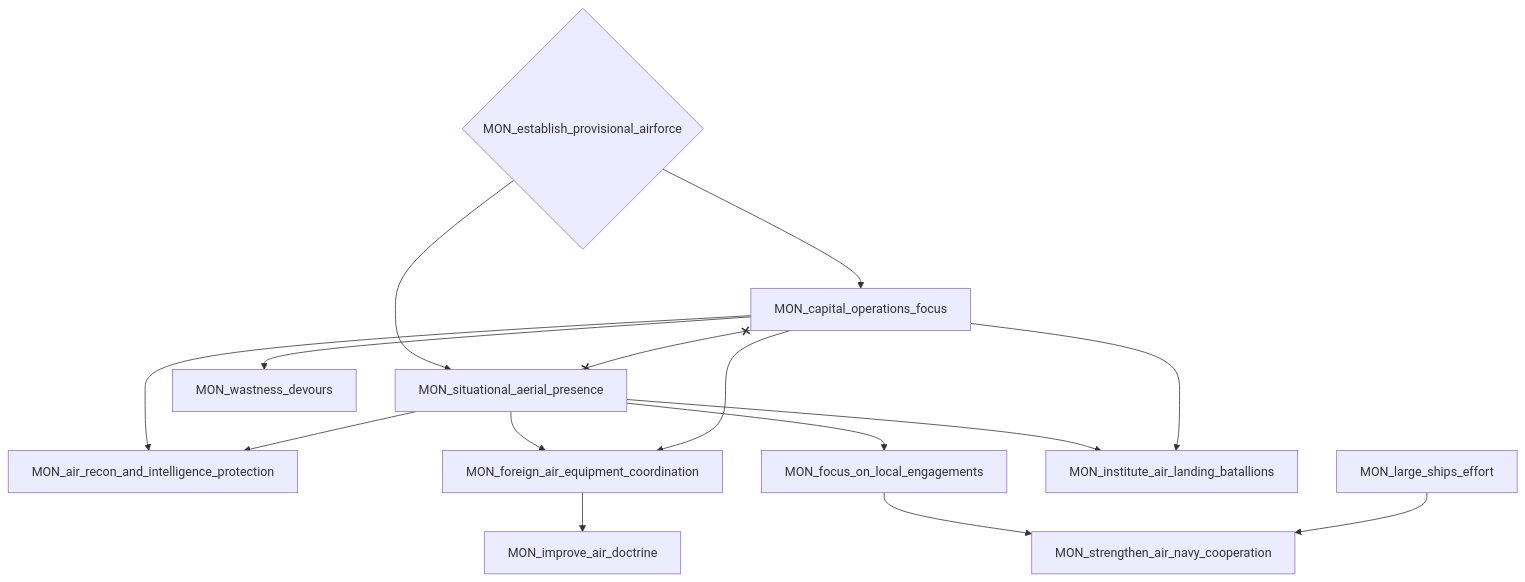
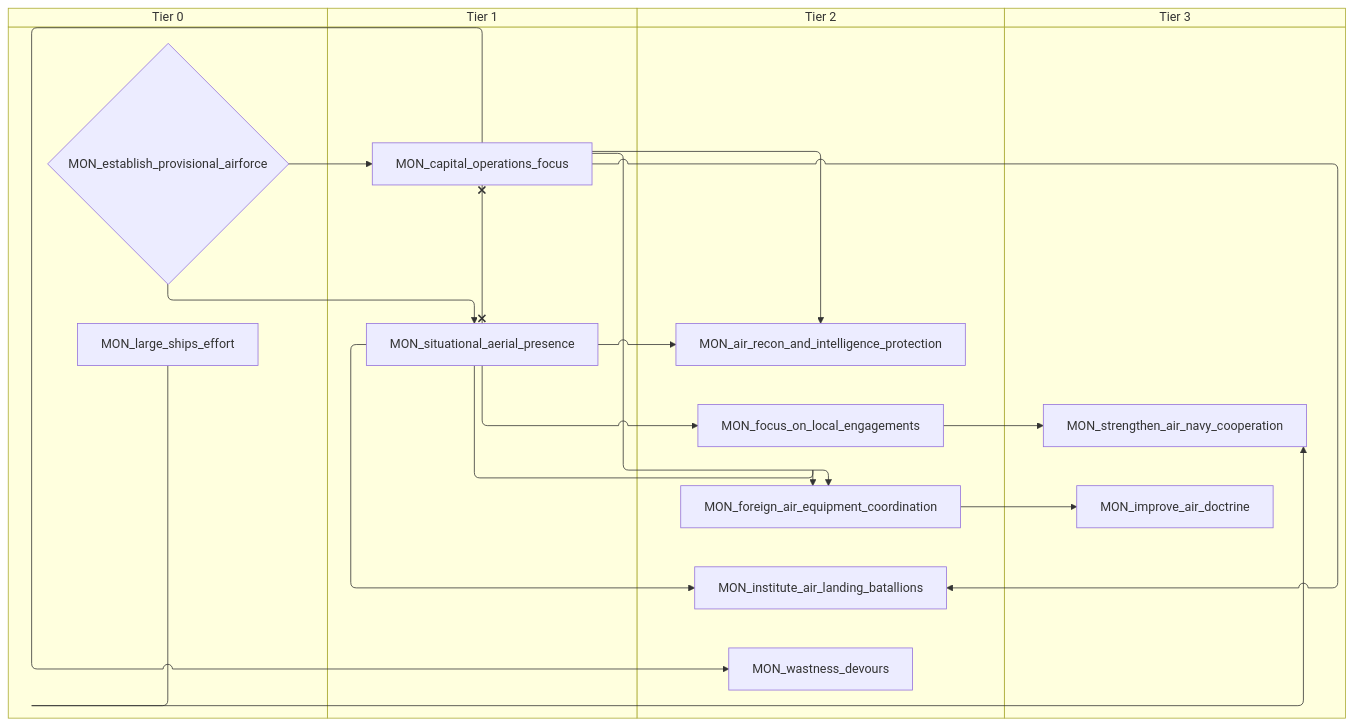
One commit to evgeny-sobol/hoi4-sandbox-mode-r56 changed the first of 10 diagrams in docs/gdd/National Focuses/r56/mongolia.md. Above: the diagram before and after it, drawn with Mermaid. The commit also changed other lines of this file and 423 other files, not shown here.

First line of the commit message:
Re-export Rt56 focus trees as swimlane diagrams

````diff
--- a/docs/gdd/National Focuses/r56/mongolia.md
+++ b/docs/gdd/National Focuses/r56/mongolia.md
@@ -3,28 +3,36 @@
 ```mermaid
-flowchart TD
-    n1["MON_air_recon_and_intelligence_protection"]
-    n2["MON_capital_operations_focus"]
-    n3{"MON_establish_provisional_airforce"}
-    n4["MON_focus_on_local_engagements"]
-    n5["MON_foreign_air_equipment_coordination"]
-    n6["MON_improve_air_doctrine"]
-    n7["MON_institute_air_landing_batallions"]
-    n8["MON_large_ships_effort"]
-    n9["MON_situational_aerial_presence"]
-    n10["MON_strengthen_air_navy_cooperation"]
-    n11["MON_wastness_devours"]
-    n2 --> n1
-    n9 --> n1
-    n3 --> n2
-    n9 --> n4
-    n9 --> n5
-    n2 --> n5
-    n5 --> n6
-    n9 --> n7
-    n2 --> n7
+swimlane-beta TD
+    subgraph tier_0["Tier 0"]
+        n1{"MON_establish_provisional_airforce"}
+        n2["MON_large_ships_effort"]
+    end
+    subgraph tier_1["Tier 1"]
+        n3["MON_capital_operations_focus"]
+        n4["MON_situational_aerial_presence"]
+    end
+    subgraph tier_2["Tier 2"]
+        n5["MON_air_recon_and_intelligence_protection"]
+        n6["MON_focus_on_local_engagements"]
+        n7["MON_foreign_air_equipment_coordination"]
+        n8["MON_institute_air_landing_batallions"]
+        n9["MON_wastness_devours"]
+    end
+    subgraph tier_3["Tier 3"]
+        n10["MON_improve_air_doctrine"]
+        n11["MON_strengthen_air_navy_cooperation"]
+    end
+    n3 --> n5
+    n4 --> n5
+    n1 --> n3
+    n4 --> n6
+    n4 --> n7
+    n3 --> n7
+    n7 --> n10
+    n4 --> n8
+    n3 --> n8
+    n1 --> n4
+    n6 --> n11
+    n2 --> n11
     n3 --> n9
-    n4 --> n10
-    n8 --> n10
-    n2 --> n11
-    n2 x--x n9
+    n3 x--x n4
 ```
````
